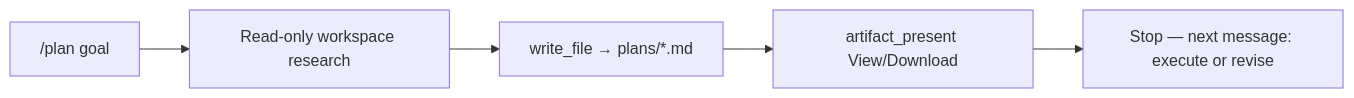
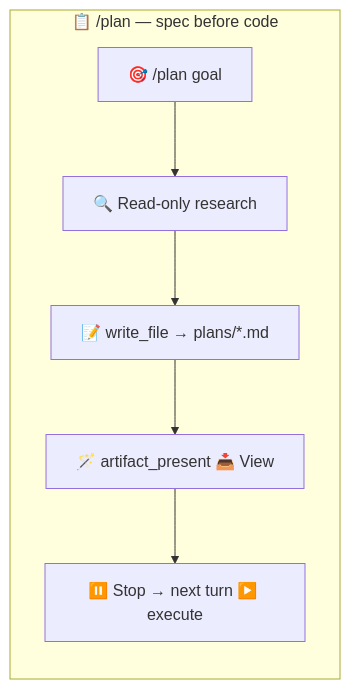
Before and after one commit to nikola66/web-agent: the second of 4 diagrams in README.md, drawn with Mermaid. The commit also changed other lines of this file and 36 other files, not shown here.

First line of the commit message:
release: v1.0.1 — multilingual docs, turn-judge pipeline, chart polish

````diff
--- a/README.md
+++ b/README.md
@@ -78,7 +145,9 @@
 ```mermaid
 flowchart LR
-  P["/plan goal"] --> R[Read-only workspace research]
-  R --> W["write_file → plans/*.md"]
-  W --> A["artifact_present View/Download"]
-  A --> N["Stop — next message: execute or revise"]
+  subgraph planMode["📋 /plan — spec before code"]
+    P["🎯 /plan goal"] --> R["🔍 Read-only research"]
+    R --> W["📝 write_file → plans/*.md"]
+    W --> A["🪄 artifact_present 📥 View"]
+    A --> N["⏸️ Stop → next turn ▶️ execute"]
+  end
 ```
````
